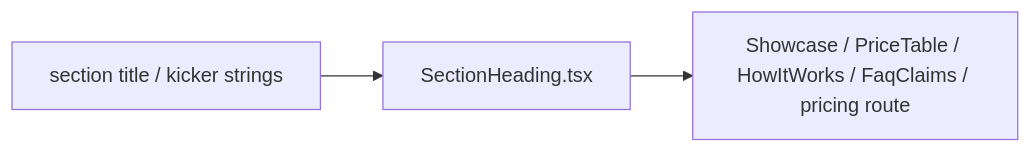
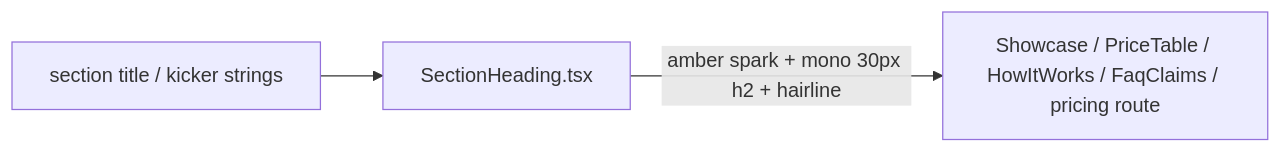
The diagram in apps/web/src/modules/Landing/components/SectionHeading.tsx.md (AzamatRaimbekov2/openCreate), drawn with Mermaid before and after one commit. The commit also changed other lines of this file and 40 other files, not shown here.

````diff
--- a/apps/web/src/modules/Landing/components/SectionHeading.tsx.md
+++ b/apps/web/src/modules/Landing/components/SectionHeading.tsx.md
@@ -26,5 +29,5 @@
 ```mermaid
 flowchart LR
   I18N[section title / kicker strings] --> SH[SectionHeading.tsx]
-  SH --> Sections[Showcase / PriceTable / HowItWorks / FaqClaims / pricing route]
+  SH -- amber spark + mono 30px h2 + hairline --> Sections[Showcase / PriceTable / HowItWorks / FaqClaims / pricing route]
 ```
````
